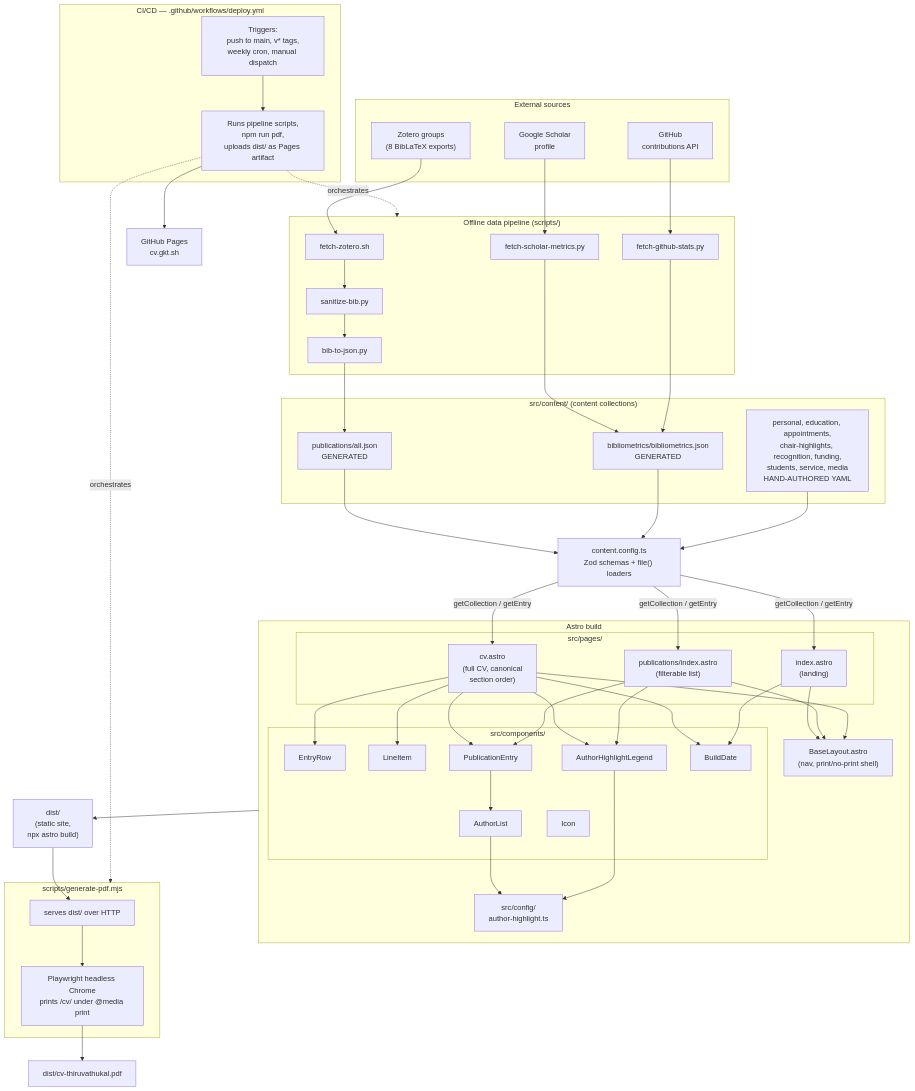
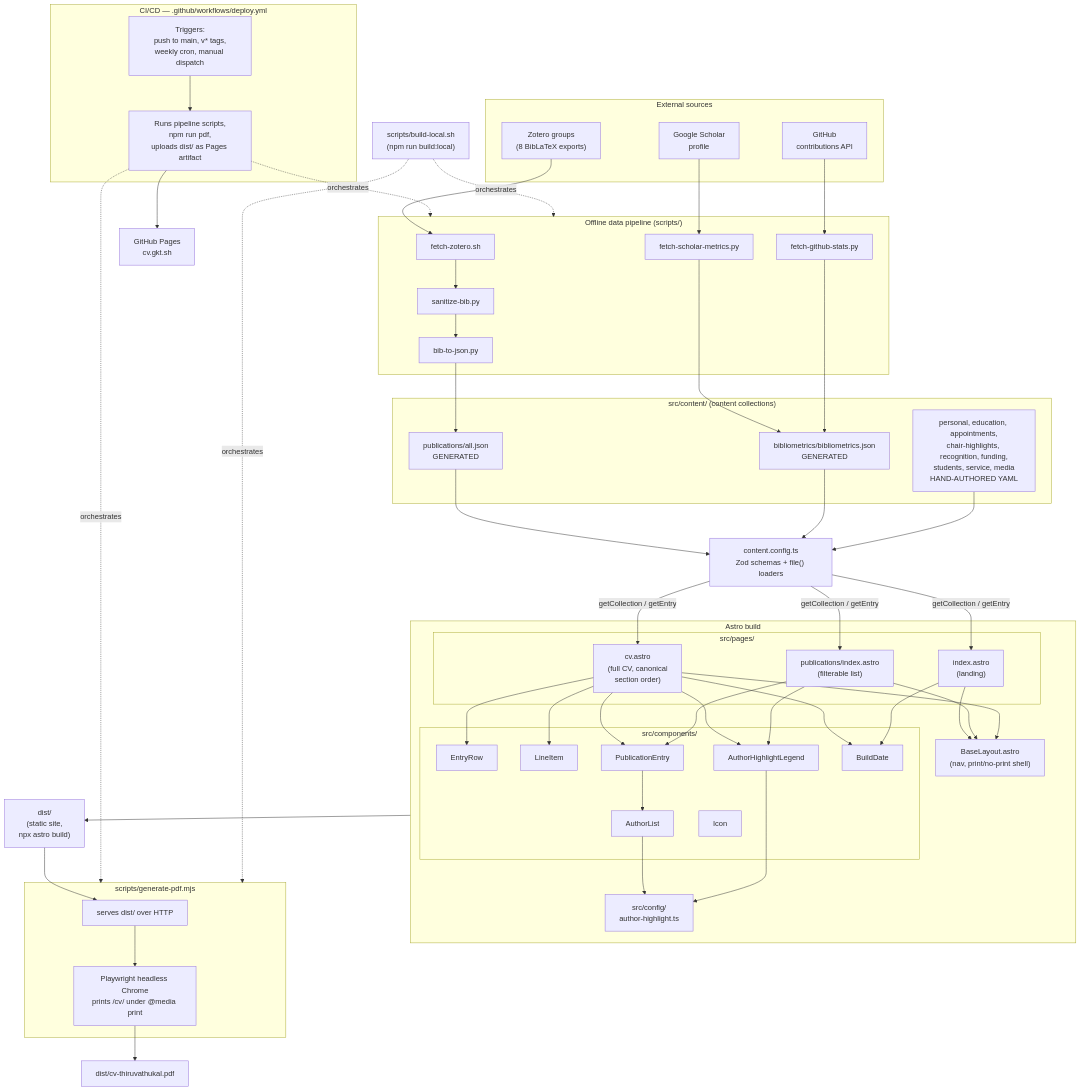
The diagram in ARCHITECTURE.md (gkthiruvathukal/cvwf), drawn with Mermaid before and after one commit. The commit also changed other lines of this file and 4 other files, not shown here.

Commit message:
update agents, architecture, and packaging

````diff
--- a/ARCHITECTURE.md
+++ b/ARCHITECTURE.md
@@ -91,6 +91,10 @@
     run -.orchestrates.-> pipeline
     run -.orchestrates.-> pdfGen
 
+    buildLocal["scripts/build-local.sh\n(npm run build:local)"]
+    buildLocal -.orchestrates.-> pipeline
+    buildLocal -.orchestrates.-> pdfGen
+
     pagesHost["GitHub Pages\ncv.gkt.sh"]
     run --> pagesHost
 ```
````
